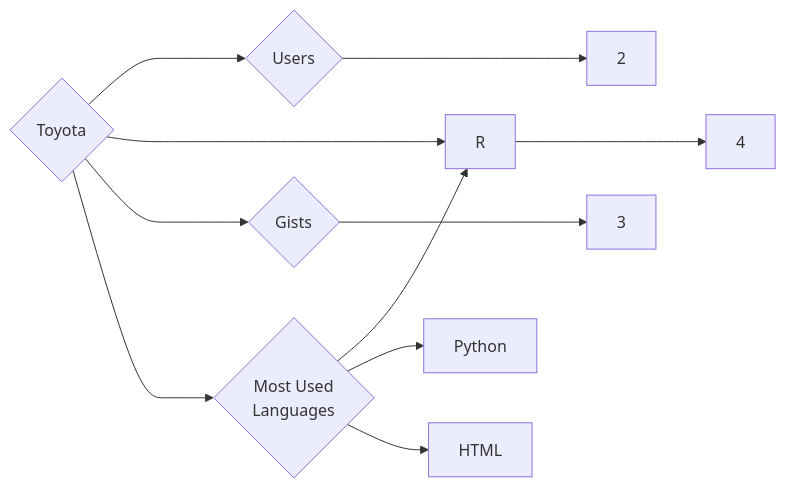
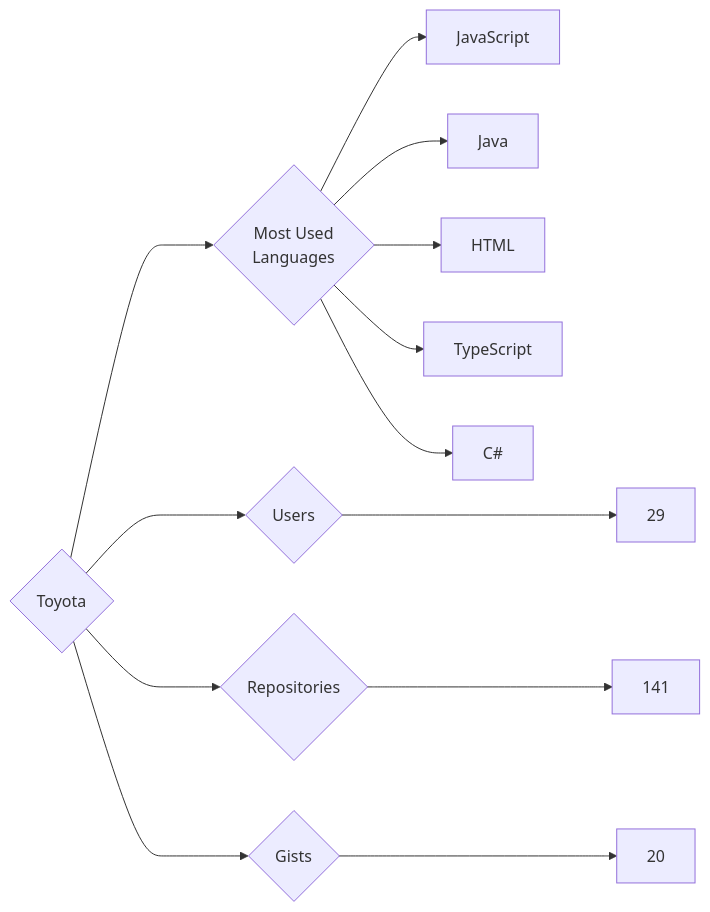
Before and after one commit to trickest/insiders: the diagram in targets/Toyota/README.md, drawn with Mermaid. The commit also changed 970 other files, not shown here.

````diff
--- a/targets/Toyota/README.md
+++ b/targets/Toyota/README.md
@@ -3,11 +3,13 @@
 ```mermaid
 graph LR
 COMPANY_NAME{Toyota}
-COMPANY_NAME ---> U{Users} ---> UN[2]
-COMPANY_NAME ---> R{Repositories} ---> RN[4]
-COMPANY_NAME ---> G{Gists} ---> GN[3]
+COMPANY_NAME ---> U{Users} ---> UN[29]
+COMPANY_NAME ---> R{Repositories} ---> RN[141]
+COMPANY_NAME ---> G{Gists} ---> GN[20]
 COMPANY_NAME ---> ML{Most Used<br>Languages}
-ML --> R[R]
-ML --> Python[Python]
+ML --> JavaScript[JavaScript]
+ML --> Java[Java]
 ML --> HTML[HTML]
+ML --> TypeScript[TypeScript]
+ML --> C#[C#]
 ```
````
